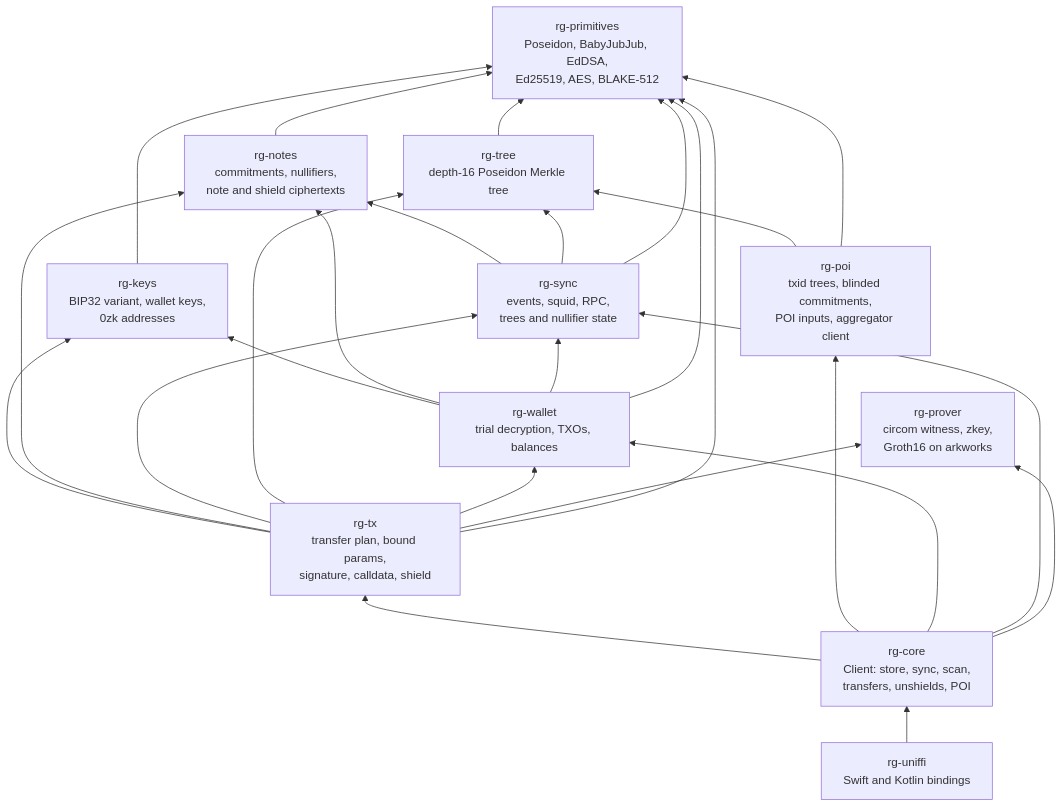
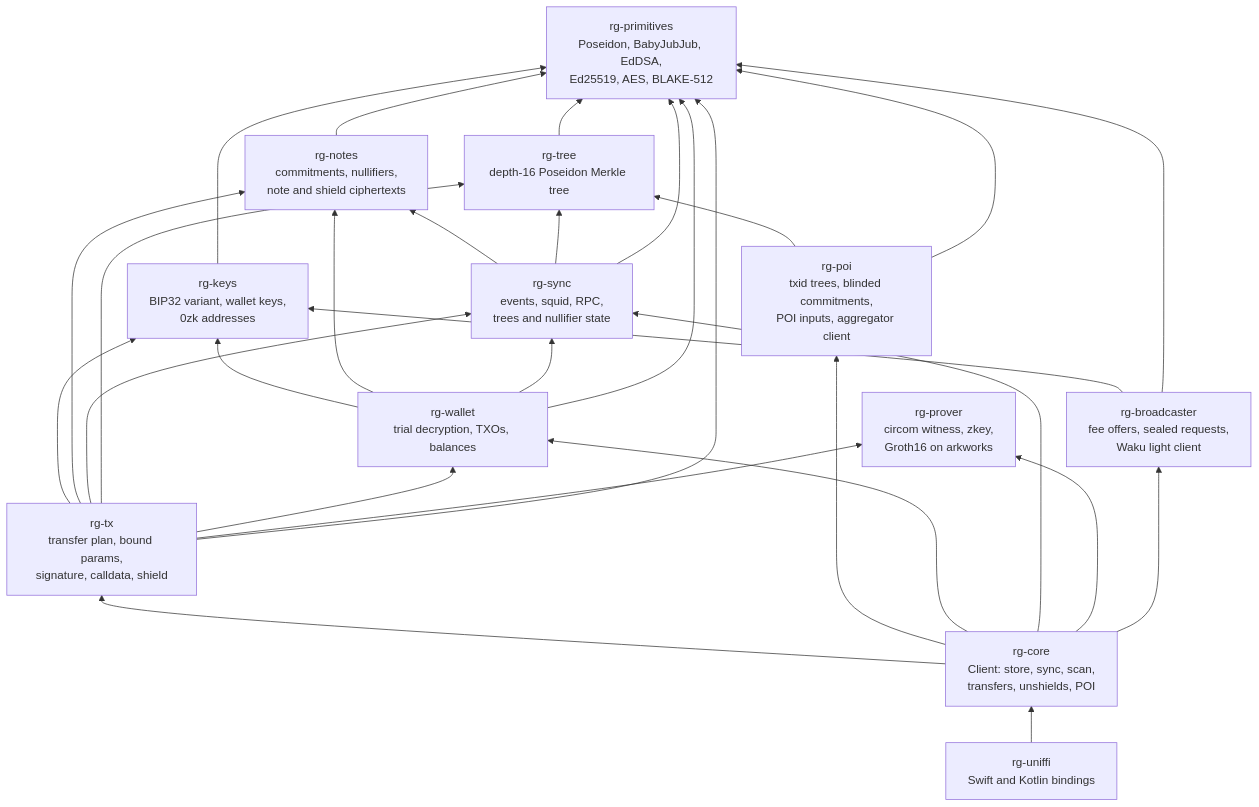
One commit to hewigovens/railgun.rs changed the first of 6 diagrams in docs/architecture.md. Above: the diagram before and after it, drawn with Mermaid. The commit also changed other lines of this file and 44 other files, not shown here.

Commit message:
Send through broadcasters over Waku: signed fee offers, a fee note, pre-transaction POIs and sealed requests

````diff
--- a/docs/architecture.md
+++ b/docs/architecture.md
@@ -8,40 +8,44 @@
 ```mermaid
 flowchart BT
     primitives["rg-primitives<br/>Poseidon, BabyJubJub, EdDSA,<br/>Ed25519, AES, BLAKE-512"]
     keys["rg-keys<br/>BIP32 variant, wallet keys,<br/>0zk addresses"]
     notes["rg-notes<br/>commitments, nullifiers,<br/>note and shield ciphertexts"]
     tree["rg-tree<br/>depth-16 Poseidon Merkle tree"]
     sync["rg-sync<br/>events, squid, RPC,<br/>trees and nullifier state"]
     wallet["rg-wallet<br/>trial decryption, TXOs, balances"]
     prover["rg-prover<br/>circom witness, zkey,<br/>Groth16 on arkworks"]
     tx["rg-tx<br/>transfer plan, bound params,<br/>signature, calldata, shield"]
     poi["rg-poi<br/>txid trees, blinded commitments,<br/>POI inputs, aggregator client"]
+    broadcaster["rg-broadcaster<br/>fee offers, sealed requests,<br/>Waku light client"]
 
     keys --> primitives
     notes --> primitives
     tree --> primitives
     sync --> notes
     sync --> tree
     sync --> primitives
     wallet --> keys
     wallet --> notes
     wallet --> sync
     wallet --> primitives
     tx --> keys
     tx --> notes
     tx --> sync
     tx --> tree
     tx --> wallet
     tx --> prover
     tx --> primitives
     poi --> tree
     poi --> primitives
+    broadcaster --> keys
+    broadcaster --> primitives
     core["rg-core<br/>Client: store, sync, scan,<br/>transfers, unshields, POI"]
     core --> tx
     core --> poi
     core --> wallet
     core --> sync
     core --> prover
+    core --> broadcaster
     uniffi["rg-uniffi<br/>Swift and Kotlin bindings"]
     uniffi --> core
 ```
````
